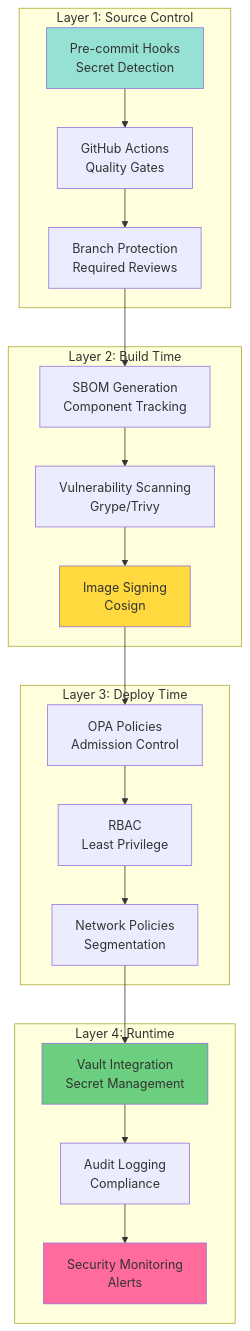
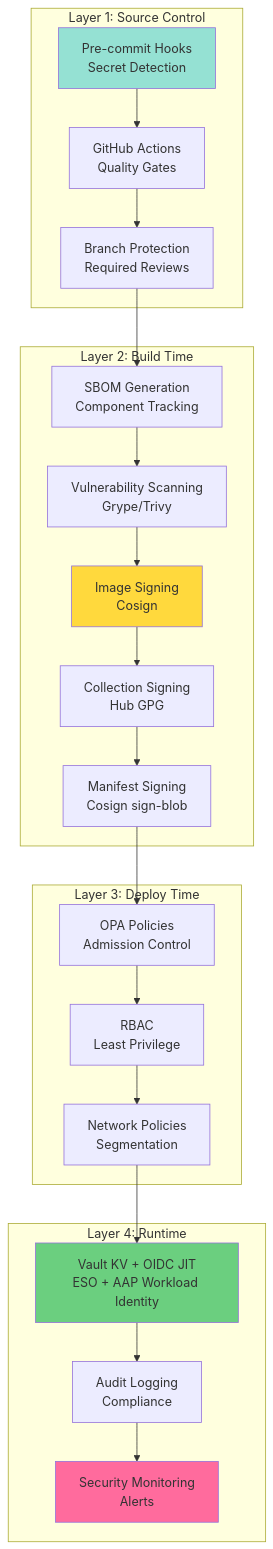
Before and after one commit to djdanielsson/rh1-docs: the sixth of 9 diagrams in docs/diagrams/PLATFORM-ARCHITECTURE.md, drawn with Mermaid. The commit also changed other lines of this file and 12 other files, not shown here.

Commit message:
Add Vault, APME, and content signing documentation. (#22)

````diff
--- a/docs/diagrams/PLATFORM-ARCHITECTURE.md
+++ b/docs/diagrams/PLATFORM-ARCHITECTURE.md
@@ -322,43 +322,47 @@
 ```mermaid
 graph TB
     subgraph "Layer 1: Source Control"
         PRE[Pre-commit Hooks<br/>Secret Detection]
         GHA[GitHub Actions<br/>Quality Gates]
         BRANCH[Branch Protection<br/>Required Reviews]
     end
 
     subgraph "Layer 2: Build Time"
         SBOM[SBOM Generation<br/>Component Tracking]
         VULN[Vulnerability Scanning<br/>Grype/Trivy]
         SIGN[Image Signing<br/>Cosign]
+        COLSIGN[Collection Signing<br/>Hub GPG]
+        MANIFESTSIGN[Manifest Signing<br/>Cosign sign-blob]
     end
 
     subgraph "Layer 3: Deploy Time"
         POLICY[OPA Policies<br/>Admission Control]
         RBAC[RBAC<br/>Least Privilege]
         NETPOL[Network Policies<br/>Segmentation]
     end
 
     subgraph "Layer 4: Runtime"
-        VAULT[Vault Integration<br/>Secret Management]
+        VAULT[Vault KV + OIDC JIT<br/>ESO + AAP Workload Identity]
         AUDIT[Audit Logging<br/>Compliance]
         MONITOR[Security Monitoring<br/>Alerts]
     end
 
     PRE --> GHA
     GHA --> BRANCH
     BRANCH --> SBOM
     SBOM --> VULN
     VULN --> SIGN
-    SIGN --> POLICY
+    SIGN --> COLSIGN
+    COLSIGN --> MANIFESTSIGN
+    MANIFESTSIGN --> POLICY
     POLICY --> RBAC
     RBAC --> NETPOL
     NETPOL --> VAULT
     VAULT --> AUDIT
     AUDIT --> MONITOR
 
     style PRE fill:#95e1d3
     style SIGN fill:#ffd93d
     style VAULT fill:#6bcf7f
     style MONITOR fill:#ff6b9d
 ```
````
